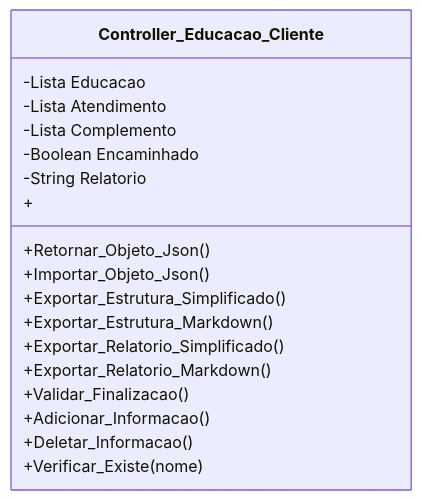
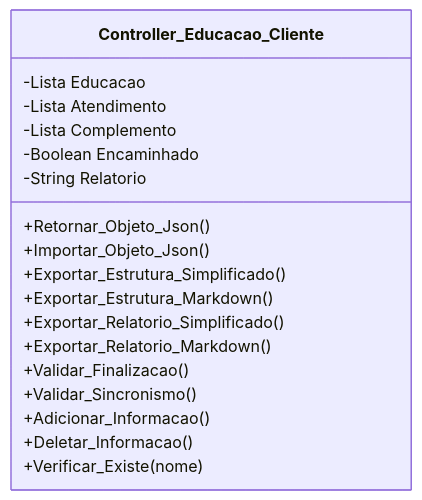
Before and after one commit to ETECC-Telecom/ValtObsidian-Script-Moto: the diagram in DOCUMENTOS/Classe - Educação do Cliente.md, drawn with Mermaid. The commit also changed other lines of this file and 1 other file, not shown here.

````diff
--- a/DOCUMENTOS/Classe - Educação do Cliente.md
+++ b/DOCUMENTOS/Classe - Educação do Cliente.md
@@ -68,22 +77,22 @@
 ```mermaid
 classDiagram
     class Controller_Educacao_Cliente{
 		-Lista Educacao
 		-Lista Atendimento
 		-Lista Complemento
 		-Boolean Encaminhado
 		-String Relatorio
       
 		+Retornar_Objeto_Json()
 		+Importar_Objeto_Json()
 		+Exportar_Estrutura_Simplificado()
 		+Exportar_Estrutura_Markdown()
 		+Exportar_Relatorio_Simplificado()
 		+Exportar_Relatorio_Markdown()
 		+Validar_Finalizacao()
-		+
+		+Validar_Sincronismo()
 		+Adicionar_Informacao()
 		+Deletar_Informacao()
 		+Verificar_Existe(nome)
     }
 ```
````
